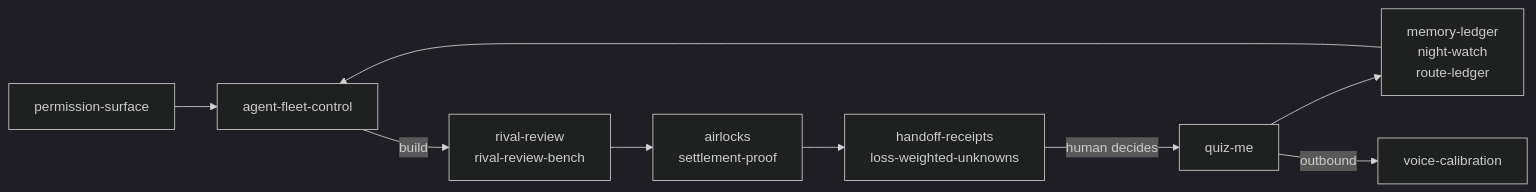
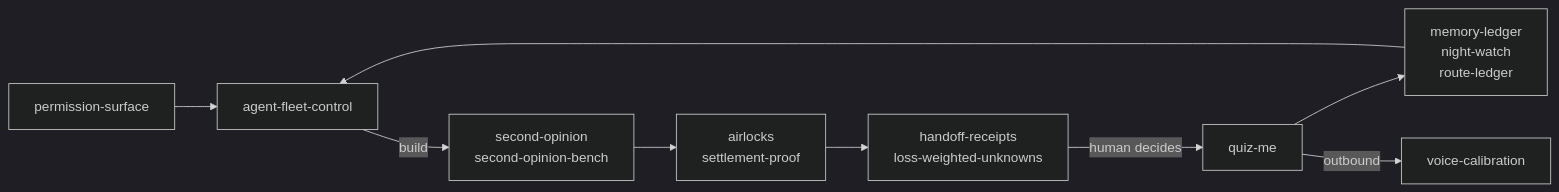
The diagram in README.md (runsagents/agent-stack), drawn with Mermaid (dark theme) before and after one commit. The commit also changed other lines of this file, not shown here.

Commit message:
xrefs: rival-review → second-opinion (#3)

````diff
--- a/README.md
+++ b/README.md
@@ -9,11 +9,11 @@
 ```mermaid
 flowchart LR
   A[permission-surface] --> B[agent-fleet-control]
-  B -->|build| C[rival-review<br/>rival-review-bench]
+  B -->|build| C[second-opinion<br/>second-opinion-bench]
   C --> D[airlocks<br/>settlement-proof]
   D --> E[handoff-receipts<br/>loss-weighted-unknowns]
   E -->|human decides| F[quiz-me]
   F --> G[memory-ledger<br/>night-watch<br/>route-ledger]
   F -->|outbound| H[voice-calibration]
   G --> B
 ```
````
